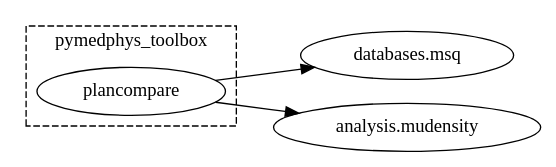
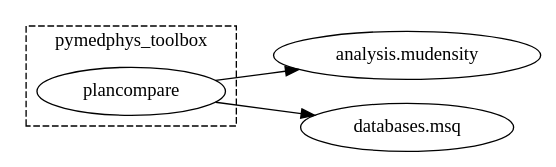
One commit to pymedphys/pymedphys changed the diagram in docs/graphs/pymedphys_toolbox.svg.dot. Above: the diagram before and after it, drawn with Graphviz. The commit also changed 17 other files, not shown here.

```diff
--- a/docs/graphs/pymedphys_toolbox.svg.dot
+++ b/docs/graphs/pymedphys_toolbox.svg.dot
@@ -1,23 +1,23 @@
 
         strict digraph  {
             graph [ordering="out"];
             rankdir = LR;
             subgraph cluster_0 {
                 "pymedphys_toolbox.plancompare";
 
                 label = "pymedphys_toolbox";
                 style = dashed;
                 
             { rank = same; "pymedphys_toolbox.plancompare"; }
             
             }
-            "pymedphys_databases.msq" [label="databases.msq"];
-"pymedphys_analysis.mudensity" [label="analysis.mudensity"];
+            "pymedphys_analysis.mudensity" [label="analysis.mudensity"];
+"pymedphys_databases.msq" [label="databases.msq"];
 "pymedphys_toolbox.plancompare" [label="plancompare"];
 
             { rank = same; "pymedphys_analysis.mudensity"; "pymedphys_databases.msq"; }
 
             "pymedphys_toolbox.plancompare" -> "pymedphys_analysis.mudensity";
 "pymedphys_toolbox.plancompare" -> "pymedphys_databases.msq";
 
         }
```
